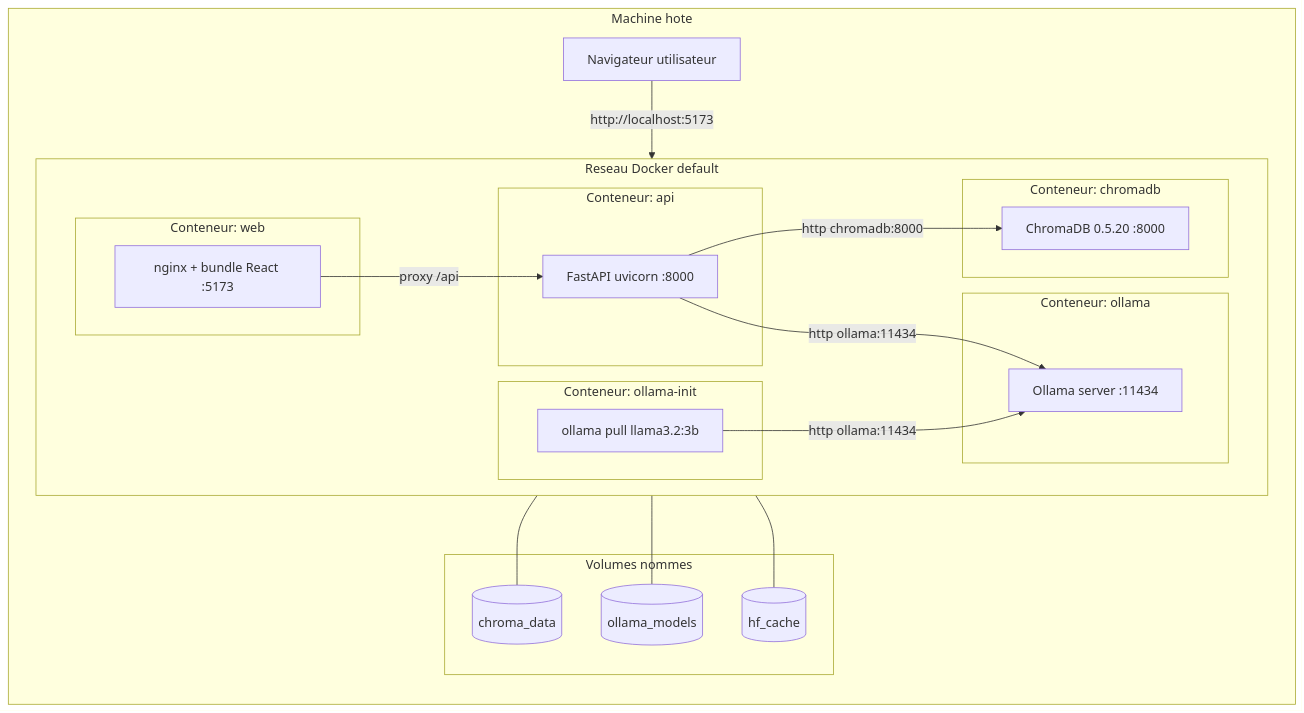
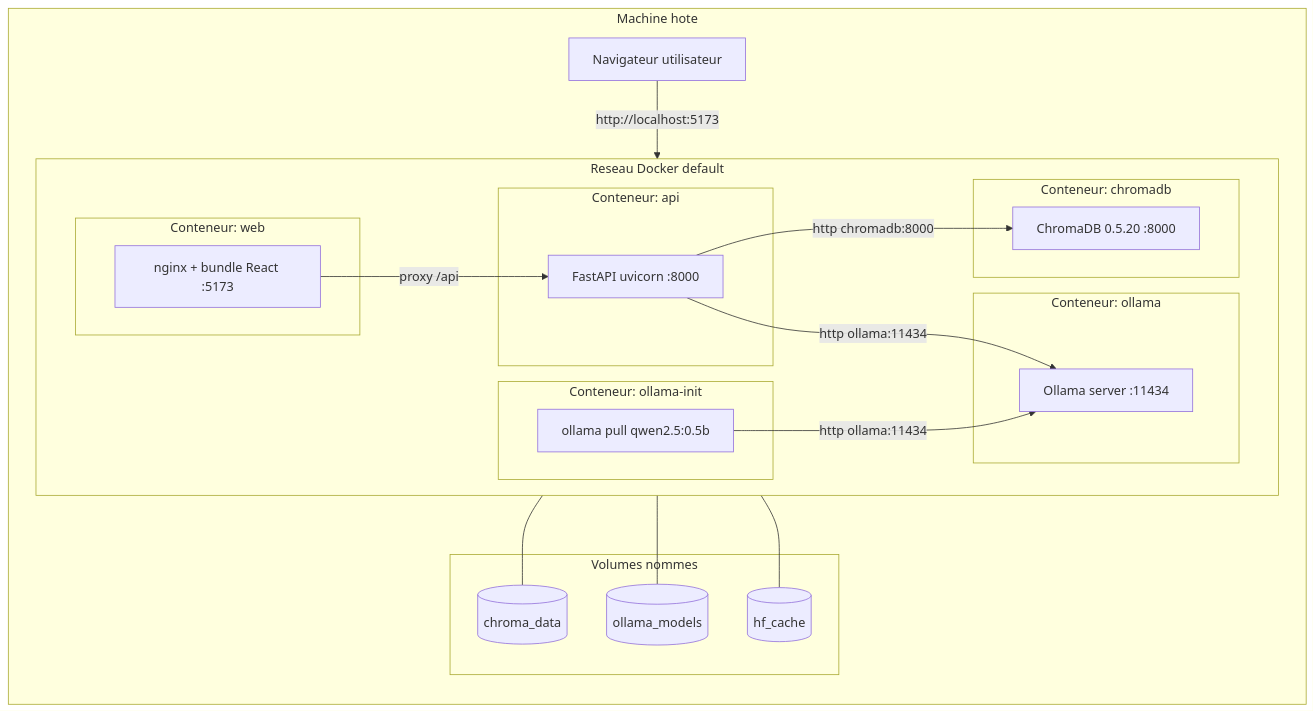
Before and after one commit to MBoukhatem/quizz-cours-IA: the fifth of 5 diagrams in docs/architecture.md, drawn with Mermaid. The commit also changed other lines of this file and 5 other files, not shown here.

````diff
--- a/docs/architecture.md
+++ b/docs/architecture.md
@@ -192,48 +192,48 @@
 ```mermaid
 flowchart TB
     subgraph Host[Machine hote]
         direction TB
 
         subgraph DockerNet[Reseau Docker default]
             direction LR
 
             subgraph C1[Conteneur: chromadb]
                 CHR[ChromaDB 0.5.20 :8000]
             end
 
             subgraph C2[Conteneur: ollama]
                 OL[Ollama server :11434]
             end
 
             subgraph C3[Conteneur: ollama-init]
-                INIT[ollama pull llama3.2:3b]
+                INIT[ollama pull qwen2.5:0.5b]
             end
 
             subgraph C4[Conteneur: api]
                 FA[FastAPI uvicorn :8000]
             end
 
             subgraph C5[Conteneur: web]
                 NG[nginx + bundle React :5173]
             end
         end
 
         subgraph Vols[Volumes nommes]
             V1[(chroma_data)]
             V2[(ollama_models)]
             V3[(hf_cache)]
         end
 
         BROWSER[Navigateur utilisateur]
     end
 
     BROWSER -->|http://localhost:5173| NG
     NG -->|proxy /api| FA
     FA -->|http chromadb:8000| CHR
     FA -->|http ollama:11434| OL
     INIT -->|http ollama:11434| OL
 
     CHR --- V1
     OL --- V2
     FA --- V3
 ```
````
